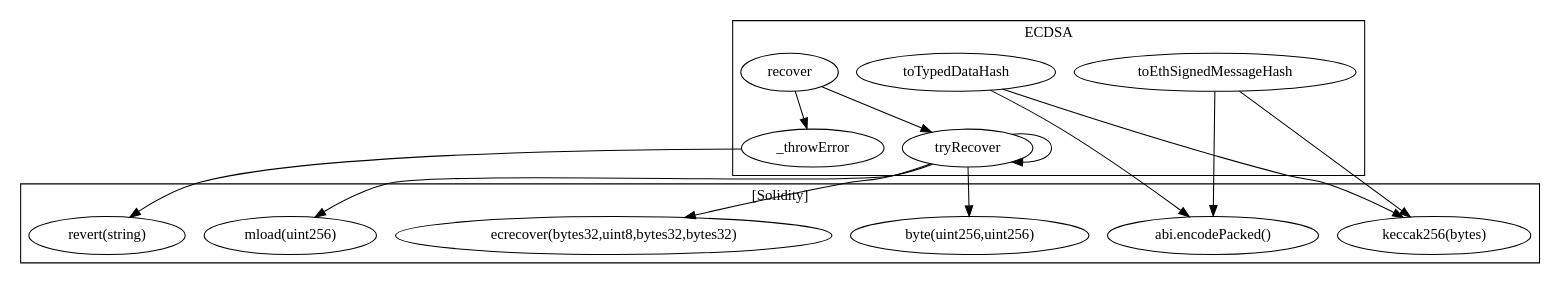
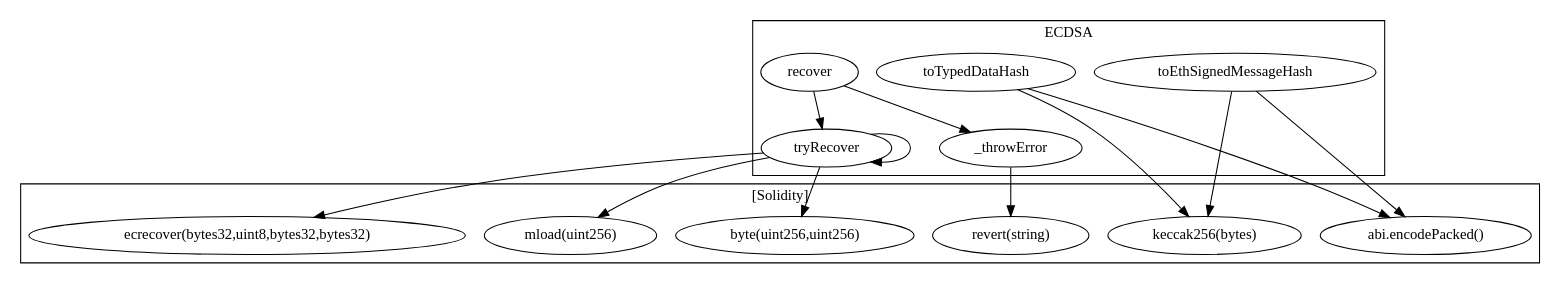
Before and after one commit to FlipsideCrypto/badger: the diagram in contracts/build/...ECDSA.call-graph.dot, drawn with Graphviz. The commit also changed other lines of this file and 20 other files, not shown here.

```diff
--- a/contracts/build/...ECDSA.call-graph.dot
+++ b/contracts/build/...ECDSA.call-graph.dot
@@ -1,29 +1,29 @@
 strict digraph {
 subgraph cluster_3057_ECDSA {
 label = "ECDSA"
 "3057_toTypedDataHash" [label="toTypedDataHash"]
-"3057__throwError" [label="_throwError"]
+"3057_tryRecover" [label="tryRecover"]
 "3057_toEthSignedMessageHash" [label="toEthSignedMessageHash"]
 "3057_recover" [label="recover"]
-"3057_tryRecover" [label="tryRecover"]
+"3057__throwError" [label="_throwError"]
 "3057_recover" -> "3057_tryRecover"
+"3057_recover" -> "3057__throwError"
 "3057_tryRecover" -> "3057_tryRecover"
-"3057_recover" -> "3057__throwError"
 }subgraph cluster_solidity {
 label = "[Solidity]"
-"ecrecover(bytes32,uint8,bytes32,bytes32)" 
+"byte(uint256,uint256)" 
+"mload(uint256)" 
+"keccak256(bytes)" 
 "revert(string)" 
 "abi.encodePacked()" 
-"keccak256(bytes)" 
-"mload(uint256)" 
-"byte(uint256,uint256)" 
+"ecrecover(bytes32,uint8,bytes32,bytes32)" 
 "3057_tryRecover" -> "ecrecover(bytes32,uint8,bytes32,bytes32)"
-"3057_tryRecover" -> "byte(uint256,uint256)"
-"3057_toEthSignedMessageHash" -> "keccak256(bytes)"
 "3057_toEthSignedMessageHash" -> "abi.encodePacked()"
-"3057_tryRecover" -> "mload(uint256)"
 "3057_toTypedDataHash" -> "keccak256(bytes)"
 "3057_toTypedDataHash" -> "abi.encodePacked()"
 "3057__throwError" -> "revert(string)"
+"3057_tryRecover" -> "mload(uint256)"
+"3057_tryRecover" -> "byte(uint256,uint256)"
+"3057_toEthSignedMessageHash" -> "keccak256(bytes)"
 }
 }
```
